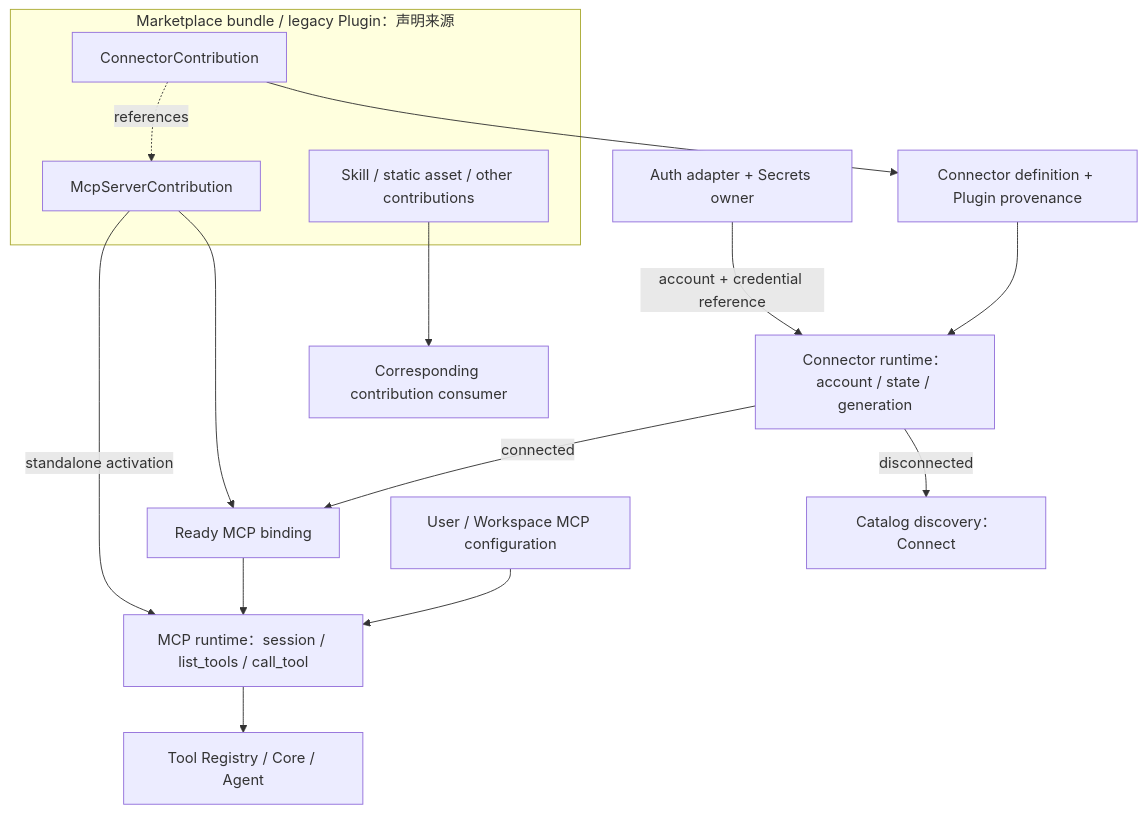
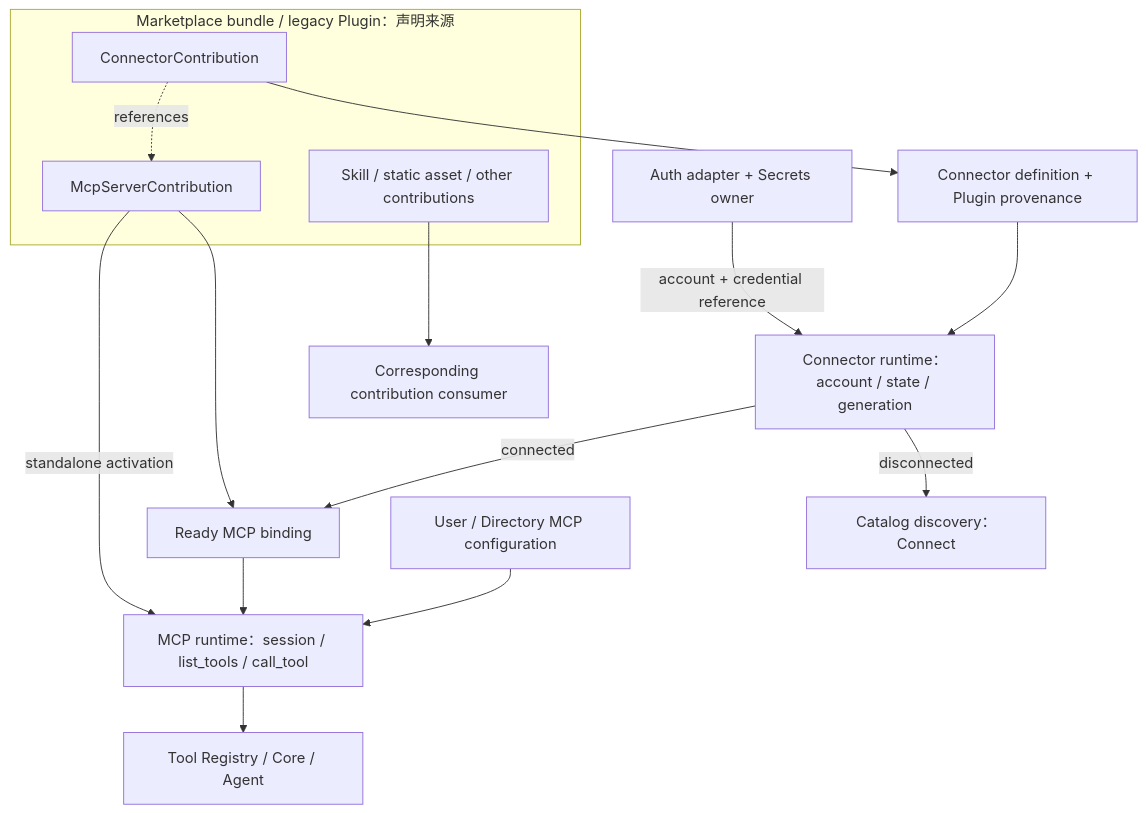
One commit to chogng/zeta changed the first of 2 diagrams in docs/connectors.md. Above: the diagram before and after it, drawn with Mermaid. The commit also changed other lines of this file and 41 other files, not shown here.

````diff
--- a/docs/connectors.md
+++ b/docs/connectors.md
@@ -47,21 +47,21 @@
 ```mermaid
 flowchart TD
     subgraph P["Marketplace bundle / legacy Plugin：声明来源"]
         PC["ConnectorContribution"]
         PM["McpServerContribution"]
         PO["Skill / static asset / other contributions"]
     end
 
     PC -. "references" .-> PM
     PC --> CP["Connector definition + Plugin provenance"]
     CP --> C["Connector runtime：account / state / generation"]
     A["Auth adapter + Secrets owner"] -->|"account + credential reference"| C
     C -->|"connected"| B["Ready MCP binding"]
     C -->|"disconnected"| D["Catalog discovery：Connect"]
     PM -->|"standalone activation"| M["MCP runtime：session / list_tools / call_tool"]
     PM --> B
-    U["User / Workspace MCP configuration"] --> M
+    U["User / Directory MCP configuration"] --> M
     B --> M
     M --> T["Tool Registry / Core / Agent"]
     PO --> O["Corresponding contribution consumer"]
 ```
````
